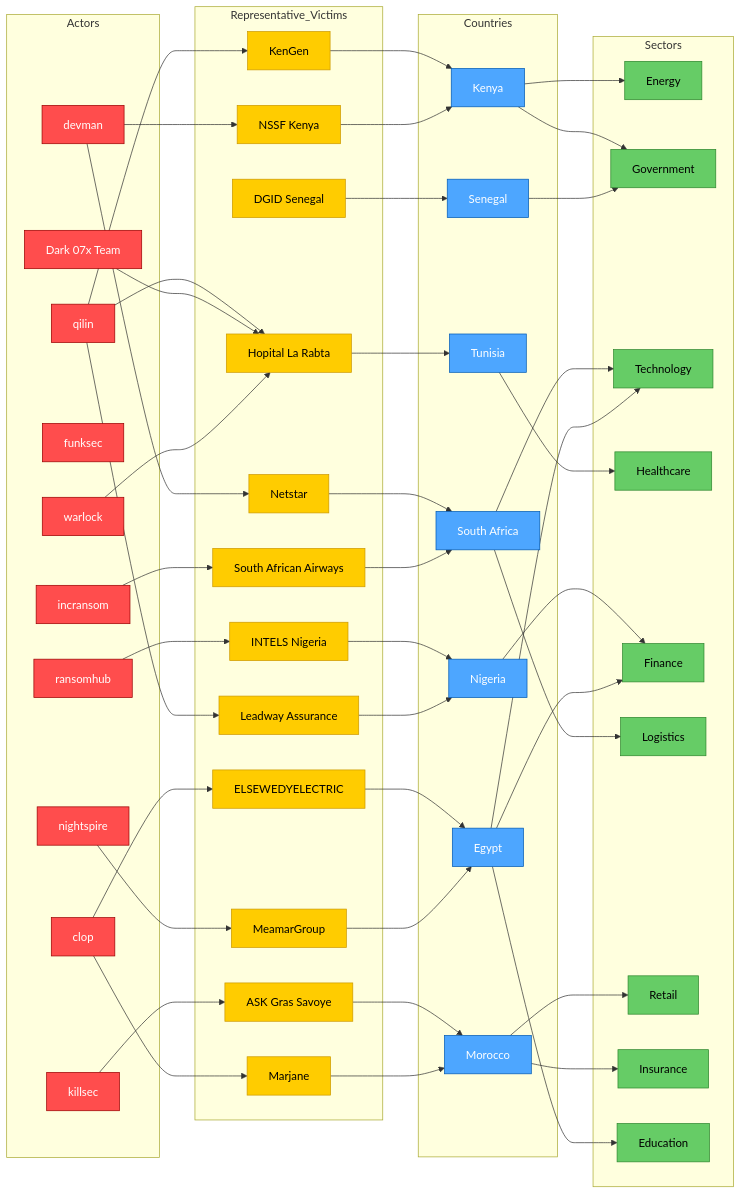
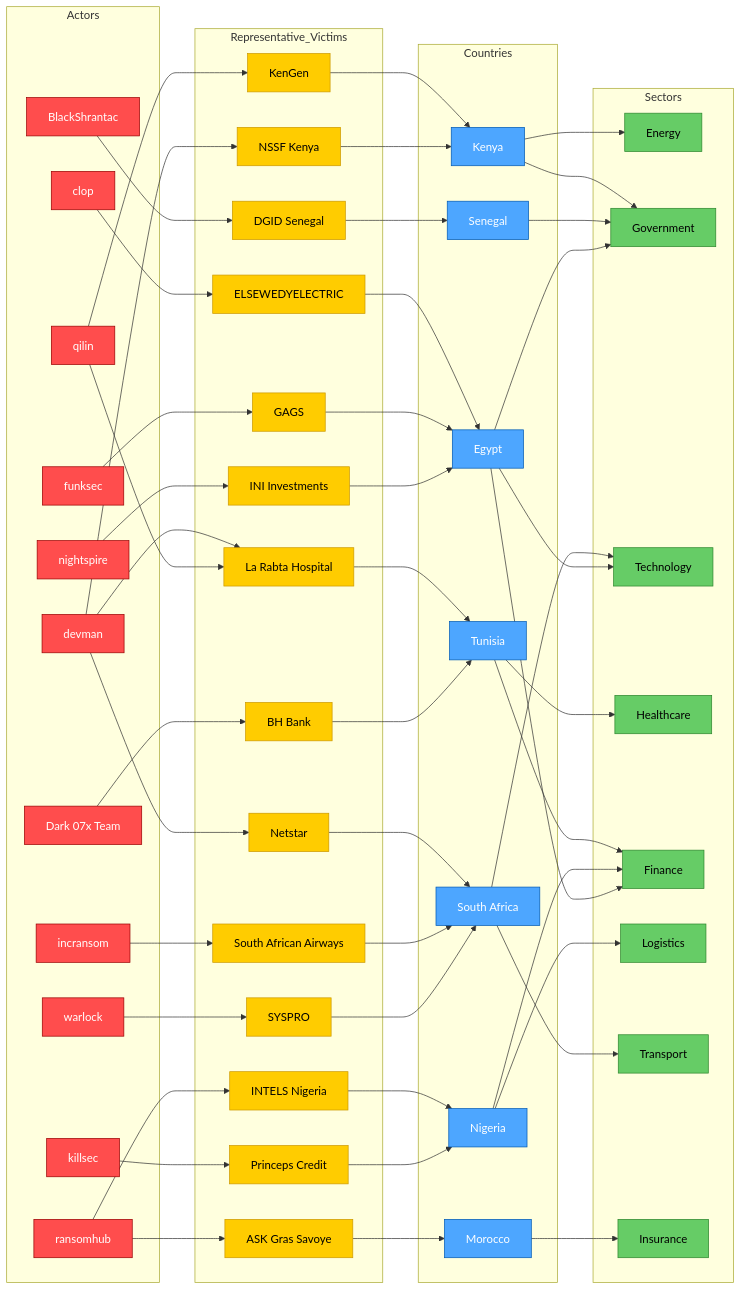
One commit to Hatchepsoute/AFRINTEL changed the diagram in visual-intelligence/ecosystem-map_2025.md. Above: the diagram before and after it, drawn with Mermaid. The commit also changed other lines of this file and 3 other files, not shown here.

````diff
--- a/visual-intelligence/ecosystem-map_2025.md
+++ b/visual-intelligence/ecosystem-map_2025.md
@@ -20,69 +20,75 @@
 classDef sector fill:#66cc66,stroke:#2d862d,color:#000
 
 subgraph Actors
-A1[qilin]
-A2[devman]
-A3[incransom]
-A4[funksec]
-A5[nightspire]
-A6[killsec]
-A7[clop]
-A8[ransomhub]
-A9[warlock]
-A10[Dark 07x Team]
+    A1[qilin]
+    A2[devman]
+    A3[incransom]
+    A4[funksec]
+    A5[nightspire]
+    A6[killsec]
+    A7[clop]
+    A8[ransomhub]
+    A9[warlock]
+    A10[Dark 07x Team]
+    A11[BlackShrantac]
 end
 
 subgraph Representative_Victims
-V1[KenGen]
-V2[NSSF Kenya]
-V3[Netstar]
-V4[Hopital La Rabta]
-V5[INTELS Nigeria]
-V6[DGID Senegal]
-V7[ASK Gras Savoye]
-V8[ELSEWEDYELECTRIC]
-V9[South African Airways]
-V10[MeamarGroup]
-V11[Leadway Assurance]
-V12[Marjane]
+    V1[KenGen]
+    V2[NSSF Kenya]
+    V3[Netstar]
+    V4[La Rabta Hospital]
+    V5[INTELS Nigeria]
+    V6[DGID Senegal]
+    V7[ASK Gras Savoye]
+    V8[ELSEWEDYELECTRIC]
+    V9[South African Airways]
+    V10[GAGS]
+    V11[INI Investments]
+    V12[Princeps Credit]
+    V13[BH Bank]
+    V14[SYSPRO]
 end
 
 subgraph Countries
-C1[Kenya]
-C2[South Africa]
-C3[Tunisia]
-C4[Nigeria]
-C5[Senegal]
-C6[Morocco]
-C7[Egypt]
+    C1[Kenya]
+    C2[South Africa]
+    C3[Tunisia]
+    C4[Nigeria]
+    C5[Senegal]
+    C6[Morocco]
+    C7[Egypt]
 end
 
 subgraph Sectors
-S1[Energy]
-S2[Government]
-S3[Technology]
-S4[Healthcare]
-S5[Finance]
-S6[Logistics]
-S7[Retail]
-S8[Insurance]
-S9[Education]
+    S1[Energy]
+    S2[Government]
+    S3[Technology]
+    S4[Healthcare]
+    S5[Finance]
+    S6[Logistics]
+    S7[Transport]
+    S8[Insurance]
 end
 
+%% Actor -> Victim links
 A1 --> V1
 A2 --> V2
 A2 --> V3
+A2 --> V4
 A1 --> V4
 A8 --> V5
+A11 --> V6
+A8 --> V7
 A7 --> V8
 A3 --> V9
-A6 --> V7
-A5 --> V10
-A10 --> V4
-A1 --> V11
-A7 --> V12
-A9 --> V4
+A4 --> V10
+A5 --> V11
+A6 --> V12
+A10 --> V13
+A9 --> V14
 
+%% Victim -> Country links
 V1 --> C1
 V2 --> C1
 V3 --> C2
@@ -93,24 +99,28 @@
 V8 --> C7
 V9 --> C2
 V10 --> C7
-V11 --> C4
-V12 --> C6
+V11 --> C7
+V12 --> C4
+V13 --> C3
+V14 --> C2
 
+%% Country -> Sector links
 C1 --> S1
 C1 --> S2
 C2 --> S3
-C2 --> S6
+C2 --> S7
 C3 --> S4
+C3 --> S5
+C4 --> S6
 C4 --> S5
 C5 --> S2
 C6 --> S8
-C6 --> S7
 C7 --> S3
 C7 --> S5
-C7 --> S9
+C7 --> S2
 
-class A1,A2,A3,A4,A5,A6,A7,A8,A9,A10 actor
-class V1,V2,V3,V4,V5,V6,V7,V8,V9,V10,V11,V12 victim
+class A1,A2,A3,A4,A5,A6,A7,A8,A9,A10,A11 actor
+class V1,V2,V3,V4,V5,V6,V7,V8,V9,V10,V11,V12,V13,V14 victim
 class C1,C2,C3,C4,C5,C6,C7 country
-class S1,S2,S3,S4,S5,S6,S7,S8,S9 sector
+class S1,S2,S3,S4,S5,S6,S7,S8 sector
 ```
````
